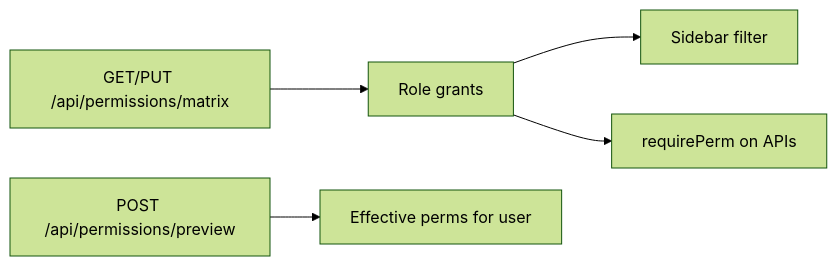
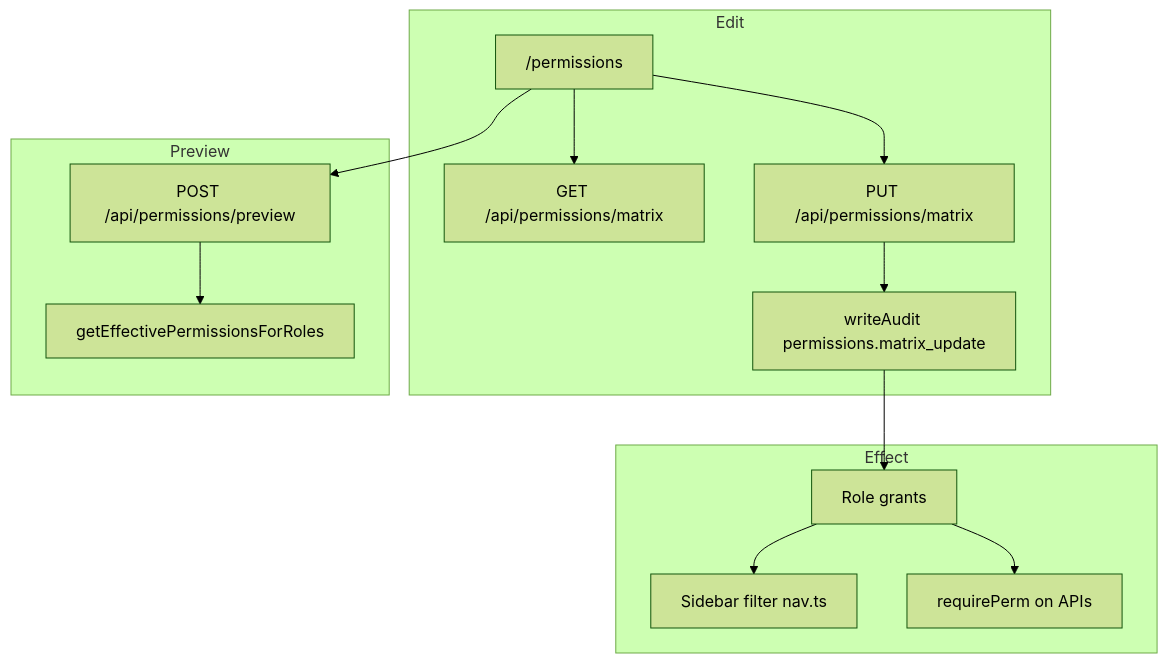
One commit to psmpasupathi009/mlf changed the first of 2 diagrams in docs/mlf flows/permissions_flow.md. Above: the diagram before and after it, drawn with Mermaid (forest theme). The commit also changed other lines of this file and 52 other files, not shown here.

````diff
--- a/docs/mlf flows/permissions_flow.md
+++ b/docs/mlf flows/permissions_flow.md
@@ -12,7 +7,26 @@
 ```mermaid
-flowchart LR
-  matrix["GET/PUT /api/permissions/matrix"] --> roles["Role grants"]
-  roles --> nav["Sidebar filter"]
-  roles --> api["requirePerm on APIs"]
-  preview["POST /api/permissions/preview"] --> effective["Effective perms for user"]
+flowchart TD
+  subgraph edit [Edit]
+    page["/permissions"]
+    get["GET /api/permissions/matrix"]
+    put["PUT /api/permissions/matrix"]
+    audit["writeAudit permissions.matrix_update"]
+  end
+
+  subgraph effect [Effect]
+    roles["Role grants"]
+    nav["Sidebar filter nav.ts"]
+    api["requirePerm on APIs"]
+  end
+
+  subgraph preview [Preview]
+    prev["POST /api/permissions/preview"]
+    effective["getEffectivePermissionsForRoles"]
+  end
+
+  page --> get
+  page --> put --> audit --> roles
+  roles --> nav
+  roles --> api
+  page --> prev --> effective
 ```
````
